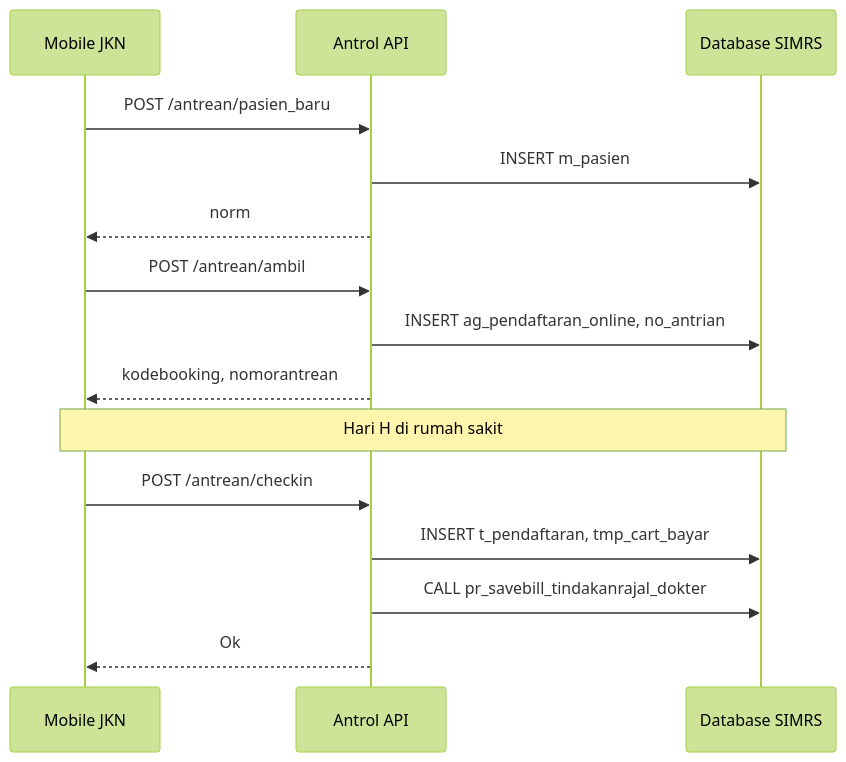
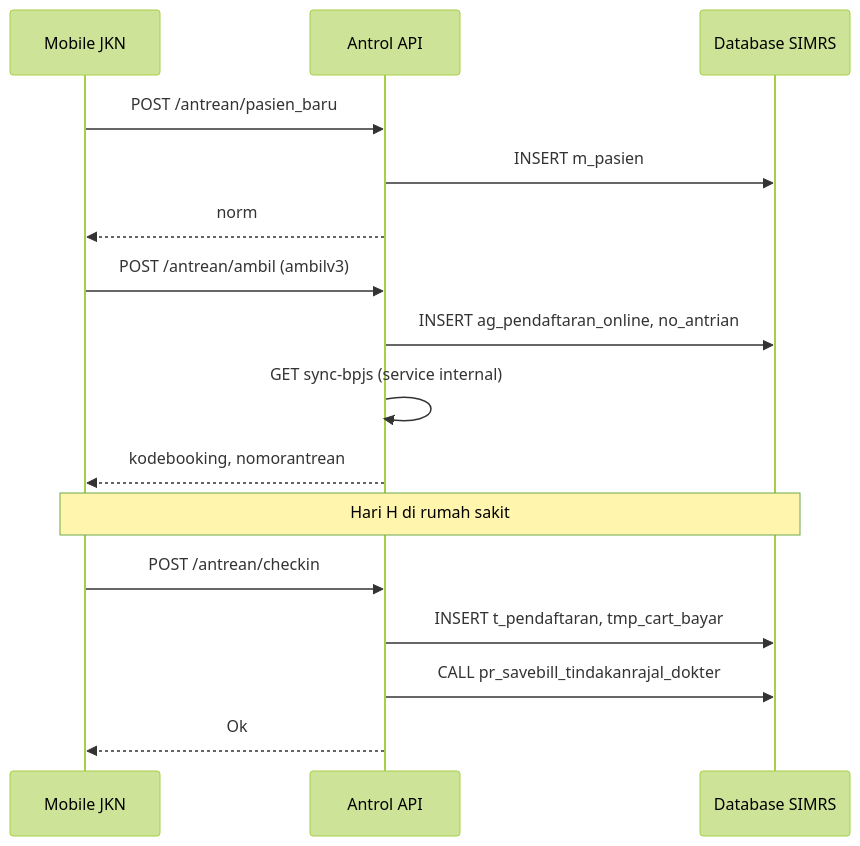
One commit to falehjamal/antrol-new changed the diagram in docs/README.md. Above: the diagram before and after it, drawn with Mermaid (forest theme). The commit also changed other lines of this file, not shown here.

````diff
--- a/docs/README.md
+++ b/docs/README.md
@@ -750,21 +738,22 @@
 ```mermaid
 sequenceDiagram
     participant MJKN as Mobile JKN
     participant API as Antrol API
     participant SIMRS as Database SIMRS
 
     MJKN->>API: POST /antrean/pasien_baru
     API->>SIMRS: INSERT m_pasien
     API-->>MJKN: norm
 
-    MJKN->>API: POST /antrean/ambil
+    MJKN->>API: POST /antrean/ambil (ambilv3)
     API->>SIMRS: INSERT ag_pendaftaran_online, no_antrian
+    API->>API: GET sync-bpjs (service internal)
     API-->>MJKN: kodebooking, nomorantrean
 
     Note over MJKN,SIMRS: Hari H di rumah sakit
 
     MJKN->>API: POST /antrean/checkin
     API->>SIMRS: INSERT t_pendaftaran, tmp_cart_bayar
     API->>SIMRS: CALL pr_savebill_tindakanrajal_dokter
     API-->>MJKN: Ok
 ```
````
